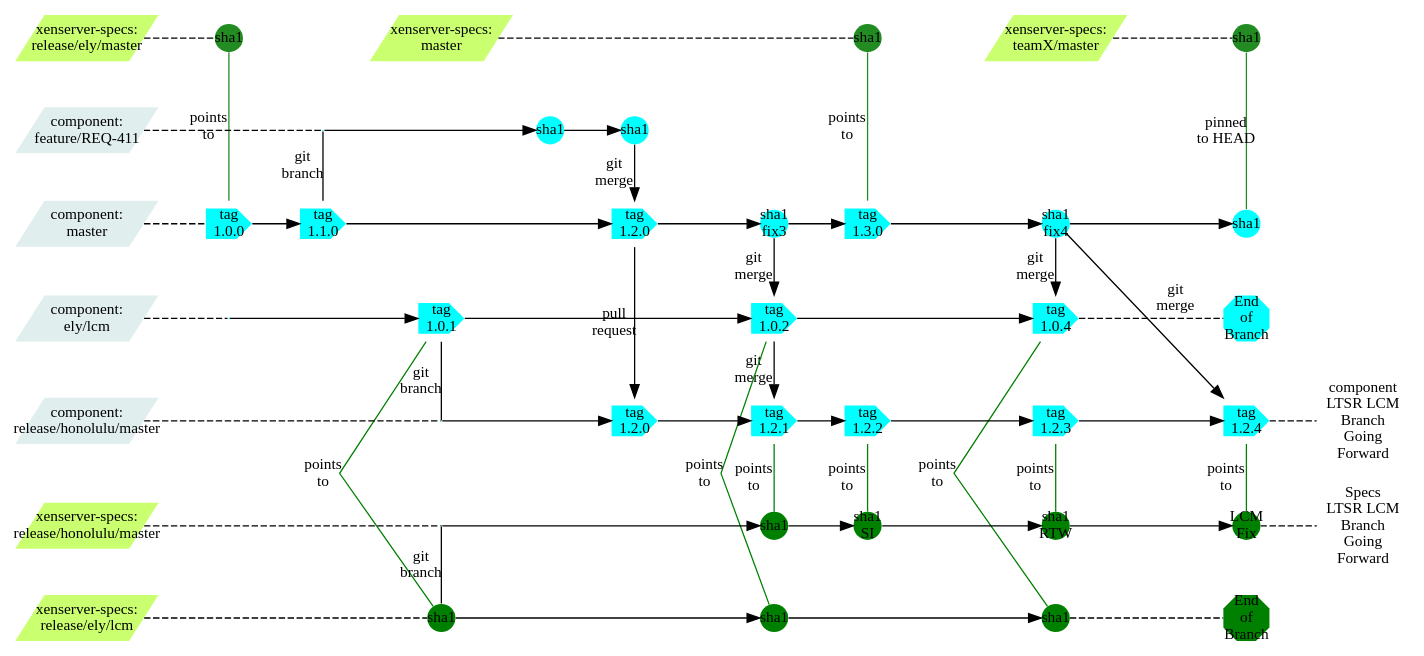
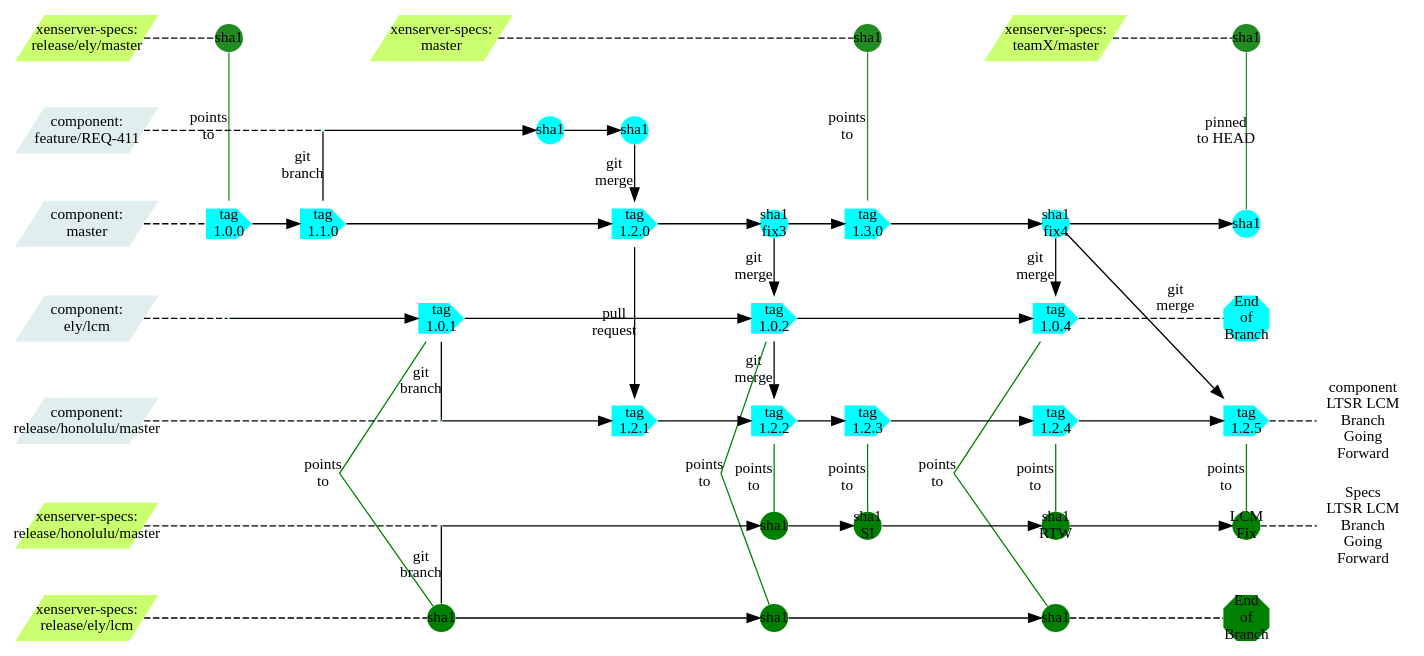
One commit to philippegabriel/XFormerBranchGraph changed the diagram in XformerCUBranching.dot. Above: the diagram before and after it, drawn with Graphviz.

Commit message:
first published version

```diff
--- a/XformerCUBranching.dot
+++ b/XformerCUBranching.dot
@@ -1,135 +1,135 @@
 strict digraph g{
 rankdir="LR";
 //nodesep=0.5;
 //ranksep=0.25;
 splines=line;
 forcelabels=false;
 
 // general
 node [style=filled, color="black", fontcolor="black", font="Consolas", fontsize="12pt",fixedsize=false,penwidth=0];
 edge [style=filled, color="black", fontcolor="black", font="Consolas", fontsize="12pt"];
 
 // tags
 //node [shape=circle,width=0, height=0, margin="0.05"];
 node [width=0.3, height=0.3, fixedsize=true, shape=circle,penwidth=0]
 node [fillcolor=forestgreen];
 xsm1 [label="sha1"];
 xstx [label="sha1"];
 xsre [label="sha1"];
 node [fillcolor="cyan"];
 cma1 [shape=cds,width=0.5, height=0.5,label="tag\n1.0.0"];
 //node [width=0.3, height=0.3, fixedsize=true, shape=circle,penwidth=0]
 //cma2 [label="sha1\nfix1"];
 //cma3 [label="sha1\nfix2"];
 cma4 [shape=cds,width=0.5, height=0.5,label="tag\n1.1.0"];
 cma5 [shape=cds,width=0.5, height=0.5,label="tag\n1.2.0"];
 cma6 [label="sha1\nfix3"];
 cma7 [shape=cds,width=0.5, height=0.5,label="tag\n1.3.0"];
 cma8 [label="sha1\nfix4"];
 cma9 [label="sha1"];
 clcm1 [width=0, height=0,shape=none,label=""];
 //clcm1a [label="sha1"];
 //clcm1b [label="sha1"];
 clcm2 [shape=cds,width=0.5, height=0.5,label="tag\n1.0.1"];
 clcm3 [shape=cds,width=0.5, height=0.5,label="tag\n1.0.2"];
 //clcm4 [shape=cds,width=0.5, height=0.5,label="tag\n1.0.3"];
 clcm5 [shape=cds,width=0.5, height=0.5,label="tag\n1.0.4"];
 clcm6 [shape=octagon,width=0.5, height=0.5,label="End\nof\nBranch"];
 cf1 [width=0, height=0,shape=none,label=""];
 cf2 [label="sha1"];
 cf3 [label="sha1"];
 ch1 [width=0, height=0,shape=none,label=""];
-ch2 [shape=cds,width=0.5, height=0.5,label="tag\n1.2.0"];
-ch3 [shape=cds,width=0.5, height=0.5,label="tag\n1.2.1"];
-ch4 [shape=cds,width=0.5, height=0.5,label="tag\n1.2.2"];
-ch5 [shape=cds,width=0.5, height=0.5,label="tag\n1.2.3"];
-ch6 [shape=cds,width=0.5, height=0.5,label="tag\n1.2.4"];
+ch2 [shape=cds,width=0.5, height=0.5,label="tag\n1.2.1"];
+ch3 [shape=cds,width=0.5, height=0.5,label="tag\n1.2.2"];
+ch4 [shape=cds,width=0.5, height=0.5,label="tag\n1.2.3"];
+ch5 [shape=cds,width=0.5, height=0.5,label="tag\n1.2.4"];
+ch6 [shape=cds,width=0.5, height=0.5,label="tag\n1.2.5"];
 ch7 [shape=plaintext,fillcolor=none,width=1,label="component\nLTSR LCM\nBranch\nGoing\nForward"];
 node [fillcolor="green"];
 node [shape=circle];
 xsh0 [width=0, height=0,shape=none,label=""];
 xsh1 [label="sha1"];
 xsh2 [label="sha1\nSI"];
 xsh3 [label="sha1\nRTW"];
 xsh4 [label="LCM\nFix"];
 xsh5 [shape=plaintext,fillcolor=none,width=1,label="Specs\nLTSR LCM\nBranch\nGoing\nForward"];
 xlcm0 [label="sha1"];
 xlcm1 [label="sha1"];
 xlcm2 [label="sha1"];
 xlcm3 [shape=octagon,width=0.5, height=0.5,label="End\nof\nBranch"];
 // branch names
 node [width=1.5, height=0.5,shape=parallelogram,penwidth=0]
 //node [color="#b0b0b0", style=dashed, arrowhead=none,fixedsize=false, penwidth=0, fillcolor=none, shape=none, width=0, height=0, margin="0.05"];
 XenserverSpecsTeamX[label="xenserver-specs:\nteamX/master",fillcolor="darkolivegreen1"];
 XenserverSpecsRelEly[label="xenserver-specs:\nrelease/ely/master",fillcolor="darkolivegreen1"];
 XenserverSpecsMaster[label="xenserver-specs:\nmaster",fillcolor="darkolivegreen1"];
 ComponentFeat[label="component:\nfeature/REQ-411",fillcolor="azure2"];
 ComponentMaster[label="component:\nmaster",fillcolor="azure2"];
 ComponentLCM[label="component:\nely/lcm",fillcolor="azure2"];
 ComponentHonolulu[label="component:\nrelease/honolulu/master",fillcolor="azure2"];
 XSSpecsHonolulu[label="xenserver-specs:\nrelease/honolulu/master",fillcolor="darkolivegreen1"];
 XSSpecsLCM[label="xenserver-specs:\nrelease/ely/lcm",fillcolor="darkolivegreen1"];
 
 //graph
 subgraph{
 node [color="#b0b0b0", style=dashed, arrowhead=none];
 edge [style="invis"];
 rank=same;
 XenserverSpecsRelEly -> ComponentFeat -> ComponentMaster -> ComponentLCM -> ComponentHonolulu -> XSSpecsHonolulu  -> XSSpecsLCM;
 }
 //edge [color="#b0b0b0", style=dashed, arrowhead=none ];
 edge [style=dashed, arrowhead=none ,weight=100];
 XenserverSpecsRelEly -> xsre;
 xsre -> XenserverSpecsMaster [style="invis"];
 XenserverSpecsMaster -> xsm1;
 xsm1 -> XenserverSpecsTeamX [style="invis"];
 XenserverSpecsTeamX -> xstx;
 ComponentFeat -> cf1;
 ComponentMaster -> cma1;
 ComponentLCM -> clcm1;
 XSSpecsHonolulu -> xsh0;
 XSSpecsLCM -> xlcm0;
 ComponentHonolulu -> ch1;
 edge [style=filled, arrowhead=normal];
 cf1 -> cf2 -> cf3;
 cma1 -> cma4 -> cma5 -> cma6 -> cma7 -> cma8 -> cma9;
 clcm1 -> clcm2 -> clcm3 -> clcm5;
 clcm5 -> clcm6 [style=dashed, arrowhead=none];
 ch1 -> ch2 -> ch3 -> ch4 -> ch5 ->ch6;
 ch6 ->ch7 [style=dashed, arrowhead=none];
 xsh0 -> xsh1 -> xsh2 -> xsh3 ->xsh4;
 xsh4 -> xsh5 [style=dashed, arrowhead=none];
 xlcm0 -> xlcm1 -> xlcm2;
 xlcm2 ->xlcm3 [style=dashed, arrowhead=none];
 //Xenserver specs - master, release pointers
 edge [style=filled, arrowhead=none , weight=1;label="points\nto",color=forestgreen];
 subgraph{rank=same;xsre -> cma1;}
 subgraph{rank=same;xsm1 -> cma7;}
 subgraph{rank=same;xstx -> cma9 [label="pinned\nto HEAD"];}
 
 //Pull requests
 subgraph{rank=same;cf1 -> cma4 [color=black,arrowhead=none,label="git\nbranch"];}
 subgraph{rank=same;cf3 -> cma5 [color=black,arrowhead=normal,label="git\nmerge"];}
 edge [style=filled, arrowhead=normal,color=black];
 subgraph{rank=same;
 cma6 -> clcm3 [label="git\nmerge"];
 clcm3 -> ch3 [label="git\nmerge"];}
 subgraph{rank=same;clcm2 -> ch1 [arrowhead=none,label="git\nbranch"];}
 subgraph{rank=same;xsh0 -> xlcm0  [arrowhead=none,label="git\nbranch"];}
 subgraph{rank=same;ch3 -> xsh1 [arrowhead=none ,label="points\nto",color=green];}
 subgraph{rank=same;ch4 -> xsh2 [arrowhead=none ,label="points\nto",color=green];}
 subgraph{rank=same;ch6 -> xsh4 [arrowhead=none ,label="points\nto",color=green];}
 subgraph{
 rank=same;
 cma8 -> clcm5 [arrowhead=normal,label="git\nmerge"];
 //clcm5 -> ch5 [arrowhead=normal,label="git\nmerge"];
 ch5 -> xsh3 [arrowhead=none ,label="points\nto",color=green];
 //xsh3 -> xlcm2 [label="git\nmerge"];
 }
 cma8 -> ch6 [arrowhead=normal,label="git\nmerge"];
 subgraph{rank=same;cma5 -> ch2 [label="pull\nrequest"];}
 subgraph{rank=same;clcm2 -> xlcm0 [arrowhead=none ,label="points\nto",color=green];}
 //subgraph{rank=same;clcm4 -> xlcm1 [arrowhead=none ,label="points\nto",color=green];}
 subgraph{rank=same;clcm3 -> xlcm1 [arrowhead=none ,label="points\nto",color=green];}
 subgraph{rank=same;clcm5 -> xlcm2 [arrowhead=none ,label="points\nto",color=green];}
 }
```
